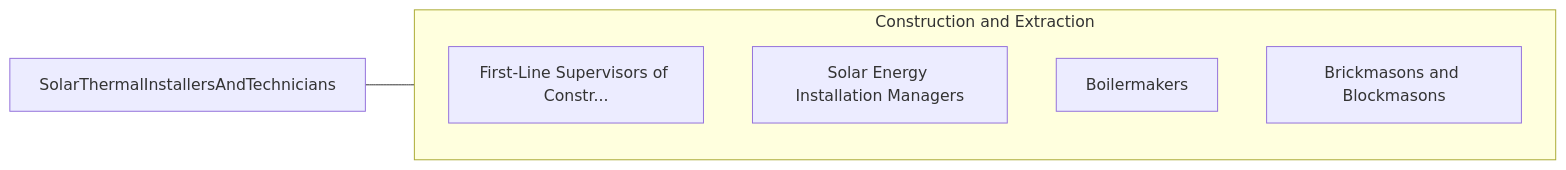
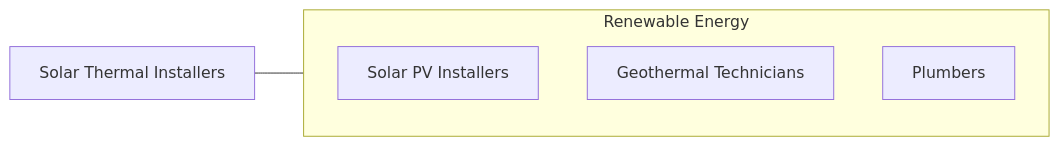
The fourth of 4 diagrams in occupations/Construction/SolarThermalInstallersAndTechnicians.mdx (kziemski/business.org.ai), drawn with Mermaid before and after one commit. The commit also changed other lines of this file and 938 other files, not shown here.

````diff
--- a/occupations/Construction/SolarThermalInstallersAndTechnicians.mdx
+++ b/occupations/Construction/SolarThermalInstallersAndTechnicians.mdx
@@ -127,13 +166,10 @@
 ```mermaid
 graph LR
-    Current["SolarThermalInstallersAndTechnicians"]
-
-    subgraph SameCategory["Construction and Extraction"]
-        FirstLineSupervisors["First-Line Supervisors of Constr..."]
-        SolarEnergyInstallat["Solar Energy Installation Managers"]
-        Boilermakers["Boilermakers"]
-        BrickmasonsAndBlockm["Brickmasons and Blockmasons"]
+    Current["Solar Thermal Installers"]
+    subgraph Same["Renewable Energy"]
+        SolarPV["Solar PV Installers"]
+        Geothermal["Geothermal Technicians"]
+        Plumber["Plumbers"]
     end
-
-    Current --- SameCategory
+    Current --- Same
 ```
````
